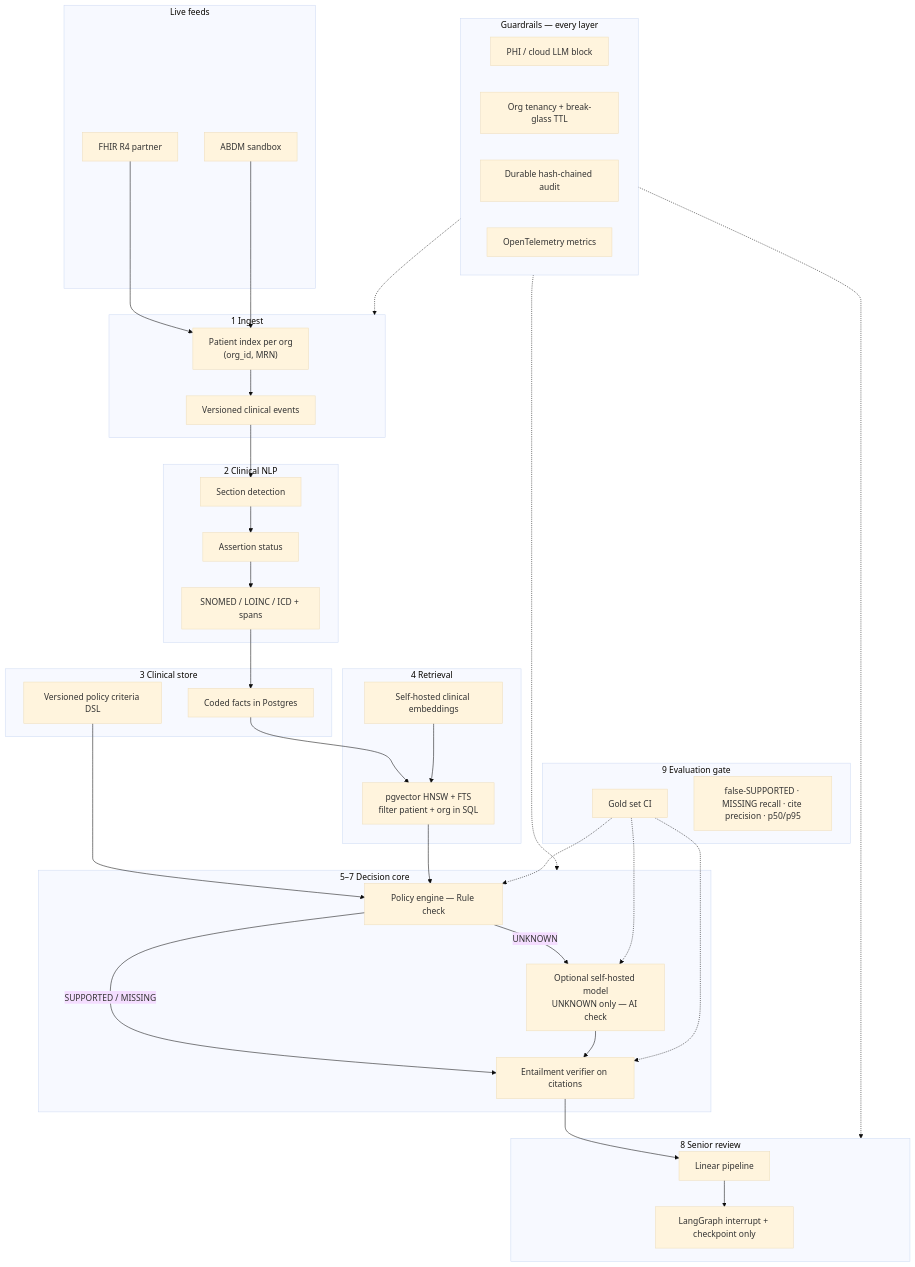
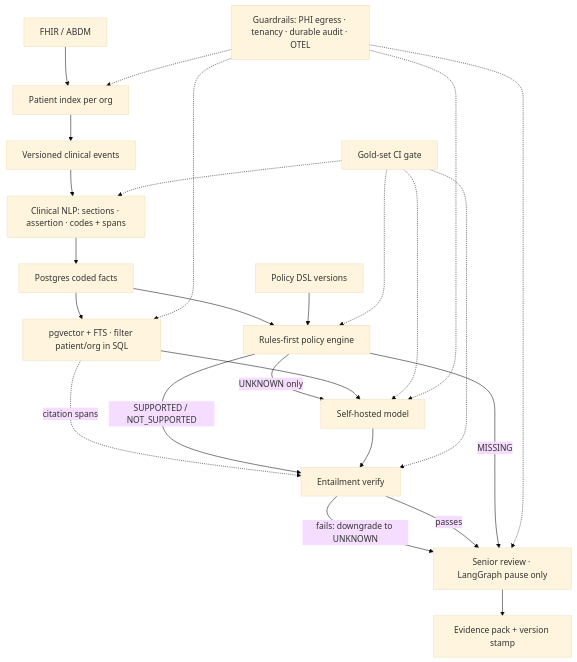
Before and after one commit to swatizambre/HealthEvidenceAI: the diagram in docs/TARGET_ARCHITECTURE.md, drawn with Mermaid (base theme). The commit also changed other lines of this file, not shown here.

Commit message:
Docs: revised target flow and current-vs-target table
Replace the mermaid flow with the rules-first / verify-everything /
downgrade-to-UNKNOWN design, and add a Current vs target table that
names the lexical citation verifier as an interim stand-in for
entailment. Update gold-set counts and metric definitions.

Claude-Session: https://claude.ai/code/session_01D5GtFxEuboJmmS9iX7KGRe

````diff
--- a/docs/TARGET_ARCHITECTURE.md
+++ b/docs/TARGET_ARCHITECTURE.md
@@ -9,71 +9,27 @@
 ```mermaid
 flowchart TB
-  subgraph feeds [Live feeds]
-    FHIR[FHIR R4 partner]
-    ABDM[ABDM sandbox]
-  end
-
-  subgraph ingest [1 Ingest]
-    IDX["Patient index per org<br/>(org_id, MRN)"]
-    EVT[Versioned clinical events]
-  end
-
-  subgraph nlp [2 Clinical NLP]
-    SEC[Section detection]
-    ASSERT[Assertion status]
-    CODE[SNOMED / LOINC / ICD + spans]
-  end
-
-  subgraph store [3 Clinical store]
-    FACTS[Coded facts in Postgres]
-    DSL[Versioned policy criteria DSL]
-  end
-
-  subgraph retrieve [4 Retrieval]
-    PGV["pgvector HNSW + FTS<br/>filter patient + org in SQL"]
-    EMB[Self-hosted clinical embeddings]
-  end
-
-  subgraph decide [5–7 Decision core]
-    RULES[Policy engine — Rule check]
-    LLM["Optional self-hosted model<br/>UNKNOWN only — AI check"]
-    NLI[Entailment verifier on citations]
-  end
-
-  subgraph hitl [8 Senior review]
-    LINEAR[Linear pipeline]
-    LG[LangGraph interrupt + checkpoint only]
-  end
-
-  subgraph eval [9 Evaluation gate]
-    GOLD[Gold set CI]
-    FS[false-SUPPORTED · MISSING recall · cite precision · p50/p95]
-  end
-
-  subgraph guards [Guardrails — every layer]
-    PHI[PHI / cloud LLM block]
-    ORG[Org tenancy + break-glass TTL]
-    AUD[Durable hash-chained audit]
-    OTEL[OpenTelemetry metrics]
-  end
-
-  FHIR --> IDX
-  ABDM --> IDX
-  IDX --> EVT
-  EVT --> SEC
-  SEC --> ASSERT --> CODE
-  CODE --> FACTS
-  DSL --> RULES
-  FACTS --> PGV
-  EMB --> PGV
-  PGV --> RULES
-  RULES -->|SUPPORTED / MISSING| NLI
-  RULES -->|UNKNOWN| LLM --> NLI
-  NLI --> LINEAR --> LG
+  FHIR[FHIR / ABDM] --> IDX[Patient index per org]
+  IDX --> EVT[Versioned clinical events]
+  EVT --> NLP[Clinical NLP: sections · assertion · codes + spans]
+  NLP --> FACTS[Postgres coded facts]
+  FACTS --> RULES[Rules-first policy engine]
+  DSL[Policy DSL versions] --> RULES
+  FACTS --> RET[pgvector + FTS · filter patient/org in SQL]
+  RULES -->|UNKNOWN only| LLM[Self-hosted model]
+  RET --> LLM
+  RET -.->|citation spans| NLI
+  RULES -->|SUPPORTED / NOT_SUPPORTED| NLI[Entailment verify]
+  LLM --> NLI
+  NLI -->|fails: downgrade to UNKNOWN| HITL
+  NLI -->|passes| HITL[Senior review · LangGraph pause only]
+  RULES -->|MISSING| HITL
+  HITL --> PACK[Evidence pack + version stamp]
+  GOLD[Gold-set CI gate] -.-> NLP
   GOLD -.-> RULES
   GOLD -.-> LLM
   GOLD -.-> NLI
-  guards -.-> ingest
-  guards -.-> decide
-  guards -.-> hitl
+  G[Guardrails: PHI egress · tenancy · durable audit · OTEL] -.-> IDX
+  G -.-> RET
+  G -.-> LLM
+  G -.-> HITL
 ```
````
